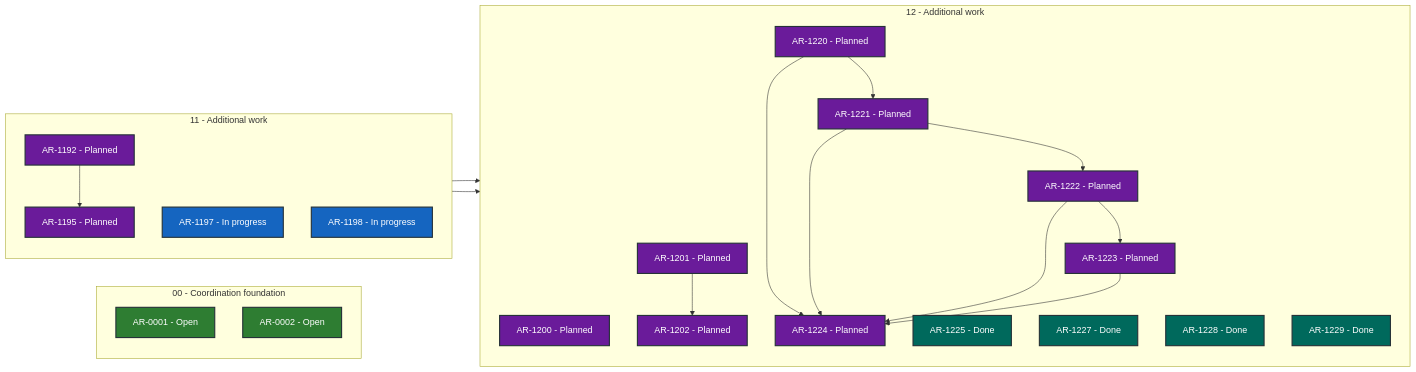
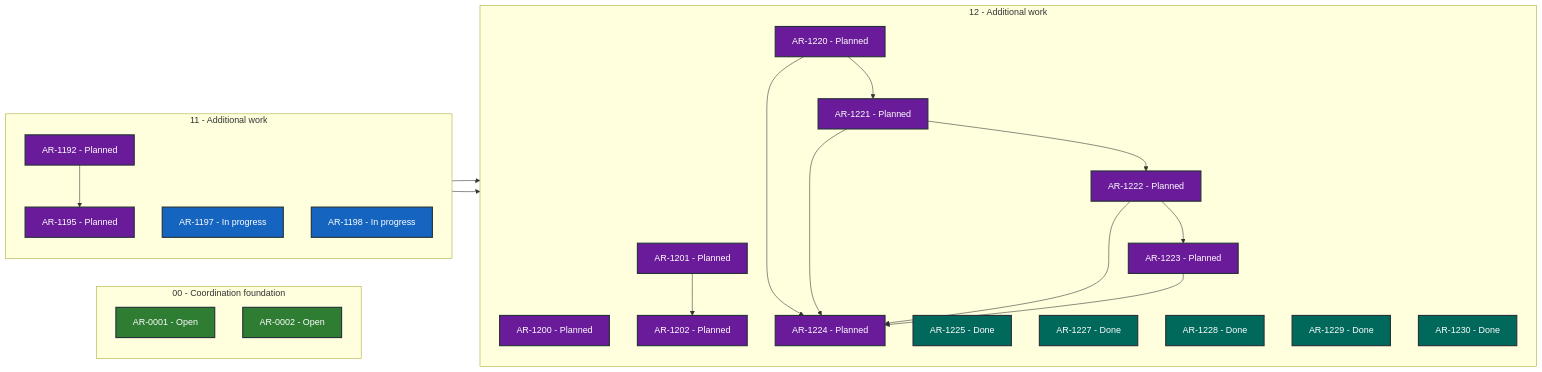
Before and after one commit to martin-beck/asb-tui-state: the diagram in STATUS.md, drawn with Mermaid. The commit also changed other lines of this file and 3 other files, not shown here.

````diff
--- a/STATUS.md
+++ b/STATUS.md
@@ -27,49 +27,50 @@
 ```mermaid
 flowchart LR
     subgraph series_00["00 - Coordination foundation"]
         direction TB
         AR_0001["AR-0001 - Open"]:::status_open
         AR_0002["AR-0002 - Open"]:::status_open
     end
     subgraph series_11["11 - Additional work"]
         direction TB
         AR_1192["AR-1192 - Planned"]:::status_planned
         AR_1195["AR-1195 - Planned"]:::status_planned
         AR_1197["AR-1197 - In progress"]:::status_in_progress
         AR_1198["AR-1198 - In progress"]:::status_in_progress
     end
     subgraph series_12["12 - Additional work"]
         direction TB
         AR_1200["AR-1200 - Planned"]:::status_planned
         AR_1201["AR-1201 - Planned"]:::status_planned
         AR_1202["AR-1202 - Planned"]:::status_planned
         AR_1220["AR-1220 - Planned"]:::status_planned
         AR_1221["AR-1221 - Planned"]:::status_planned
         AR_1222["AR-1222 - Planned"]:::status_planned
         AR_1223["AR-1223 - Planned"]:::status_planned
         AR_1224["AR-1224 - Planned"]:::status_planned
         AR_1225["AR-1225 - Done"]:::status_done
         AR_1227["AR-1227 - Done"]:::status_done
         AR_1228["AR-1228 - Done"]:::status_done
         AR_1229["AR-1229 - Done"]:::status_done
+        AR_1230["AR-1230 - Done"]:::status_done
     end
     AR_1192 --> AR_1195
     AR_1195 --> AR_1200
     AR_1197 --> AR_1201
     AR_1201 --> AR_1202
     AR_1220 --> AR_1221
     AR_1220 --> AR_1224
     AR_1221 --> AR_1222
     AR_1221 --> AR_1224
     AR_1222 --> AR_1223
     AR_1222 --> AR_1224
     AR_1223 --> AR_1224
     classDef status_in_progress fill:#1565c0,color:#ffffff,stroke:#263238,stroke-width:2px
     classDef status_open fill:#2e7d32,color:#ffffff,stroke:#263238,stroke-width:2px
     classDef status_blocked fill:#c62828,color:#ffffff,stroke:#263238,stroke-width:2px
     classDef status_planned fill:#6a1b9a,color:#ffffff,stroke:#263238,stroke-width:2px
     classDef status_future fill:#455a64,color:#ffffff,stroke:#263238,stroke-width:2px
     classDef status_done fill:#00695c,color:#ffffff,stroke:#263238,stroke-width:2px
     classDef status_cancelled fill:#616161,color:#ffffff,stroke:#263238,stroke-width:2px
     classDef status_superseded fill:#5d4037,color:#ffffff,stroke:#263238,stroke-width:2px
 ```
````
